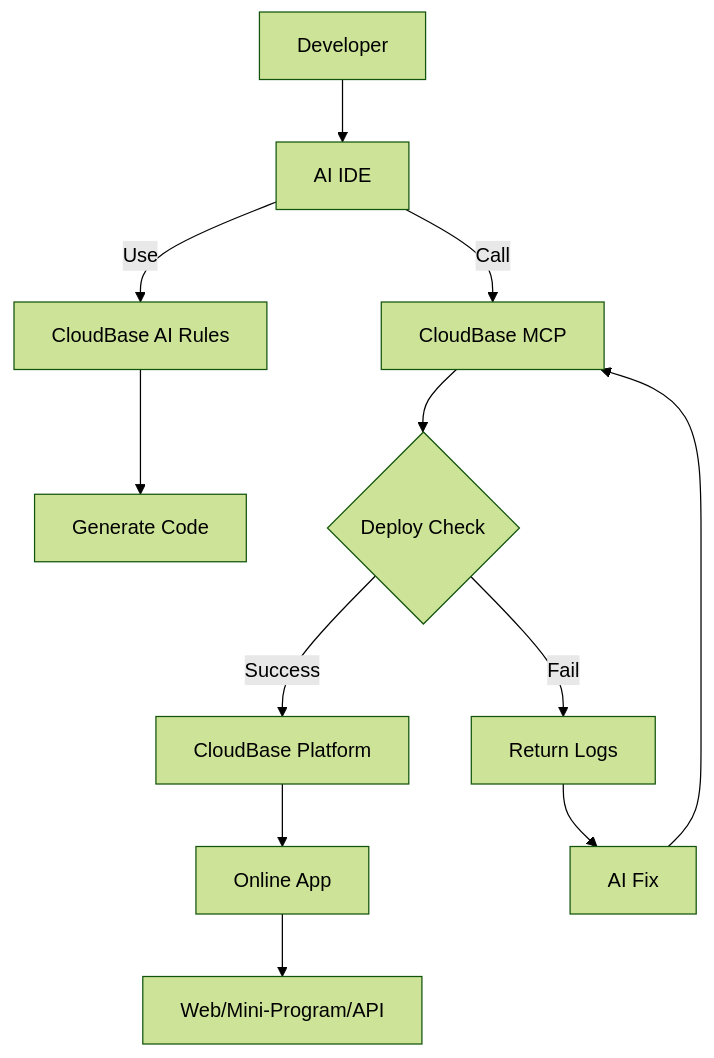
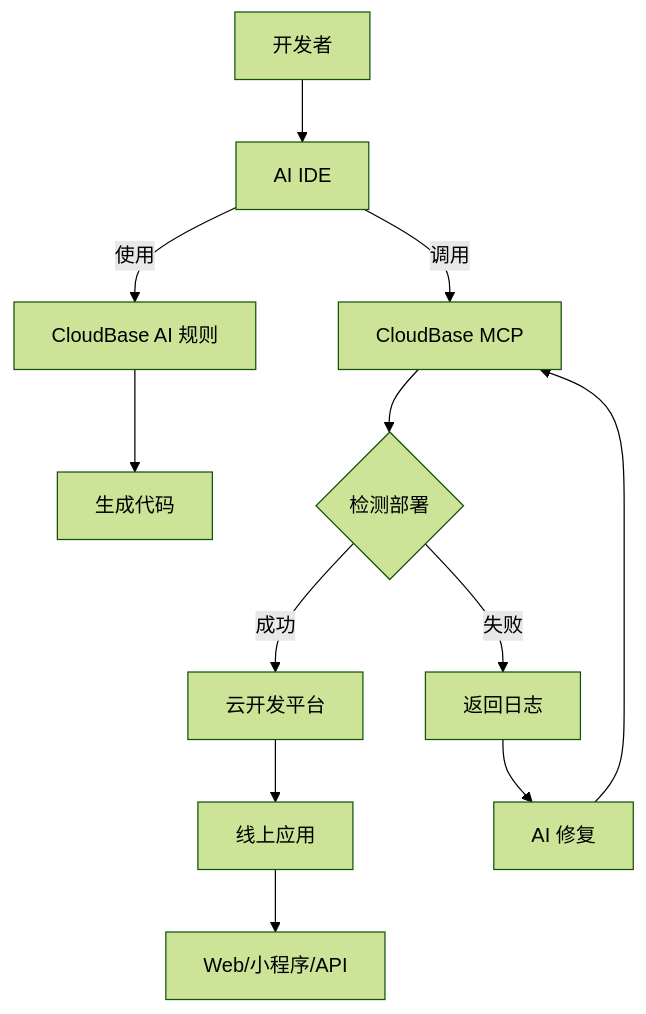
One commit to TencentCloudBase/CloudBase-AI-ToolKit changed the diagram in README.md. Above: the diagram before and after it, drawn with Mermaid (forest theme). The commit also changed other lines of this file and 19 other files, not shown here.

````diff
--- a/README.md
+++ b/README.md
@@ -458,14 +477,14 @@
 ```mermaid
 graph TD
-    A[Developer] --> B[AI IDE]
-    B -->|Use| C[CloudBase AI Rules]
-    C --> D[Generate Code]
-    B -->|Call| E[CloudBase MCP]
-    E --> F{Deploy Check}
-    F -->|Success| G[CloudBase Platform]
-    F -->|Fail| H[Return Logs]
-    H --> I[AI Fix]
+    A[开发者] --> B[AI IDE]
+    B -->|使用| C[CloudBase AI 规则]
+    C --> D[生成代码]
+    B -->|调用| E[CloudBase MCP]
+    E --> F{检测部署}
+    F -->|成功| G[云开发平台]
+    F -->|失败| H[返回日志]
+    H --> I[AI 修复]
     I --> E
-    G --> J[Online App]
-    J --> K[Web/Mini-Program/API]
+    G --> J[线上应用]
+    J --> K[Web/小程序/API]
 ```
````
